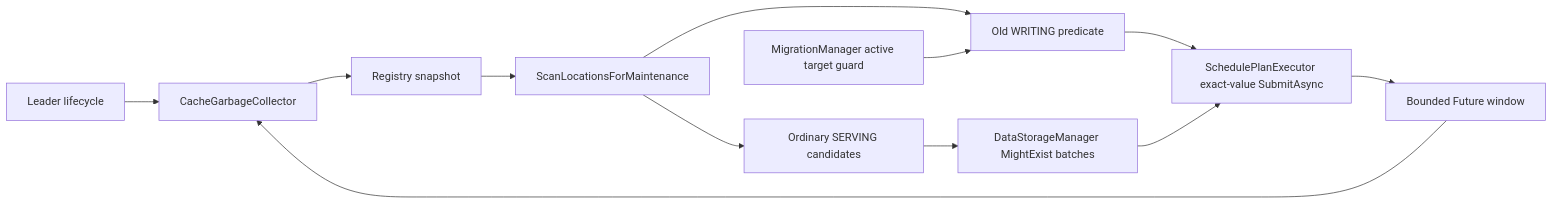
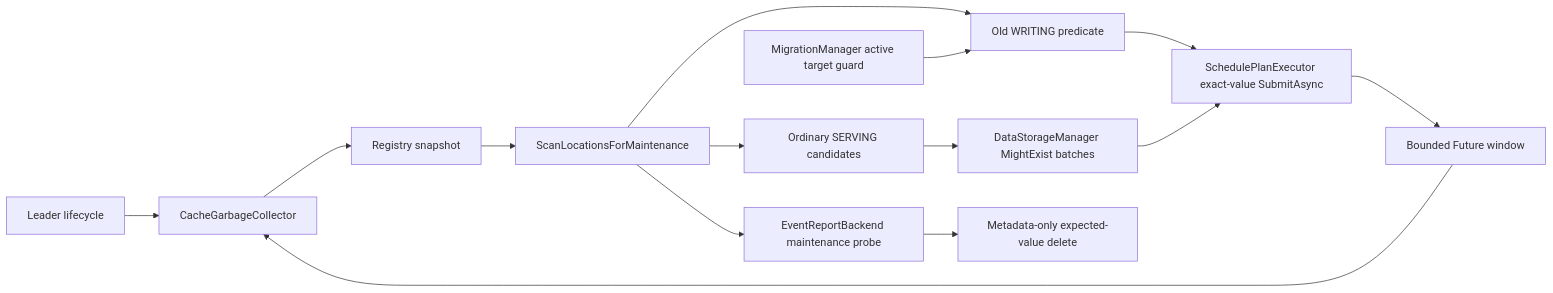
Before and after one commit to zishano/tair-kvcache: the diagram in docs/design/cache_garbage_collector.md, drawn with Mermaid. The commit also changed other lines of this file and 50 other files, not shown here.

Commit message:
[manager] move EventReport cleanup into background GC (#281)

````diff
--- a/docs/design/cache_garbage_collector.md
+++ b/docs/design/cache_garbage_collector.md
@@ -126,14 +126,16 @@
 ```mermaid
 flowchart LR
     L[Leader lifecycle] --> G[CacheGarbageCollector]
     G --> R[Registry snapshot]
     R --> M[ScanLocationsForMaintenance]
     M --> W[Old WRITING predicate]
     X[MigrationManager active target guard] --> W
     M --> S[Ordinary SERVING candidates]
     S --> D[DataStorageManager MightExist batches]
+    M --> V[EventReportBackend maintenance probe]
     W --> E[SchedulePlanExecutor exact-value SubmitAsync]
     D --> E
+    V --> C[Metadata-only expected-value delete]
     E --> F[Bounded Future window]
     F --> G
 ```
````
